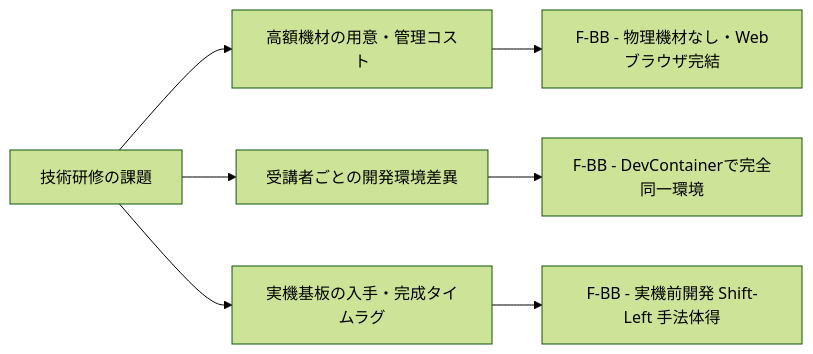
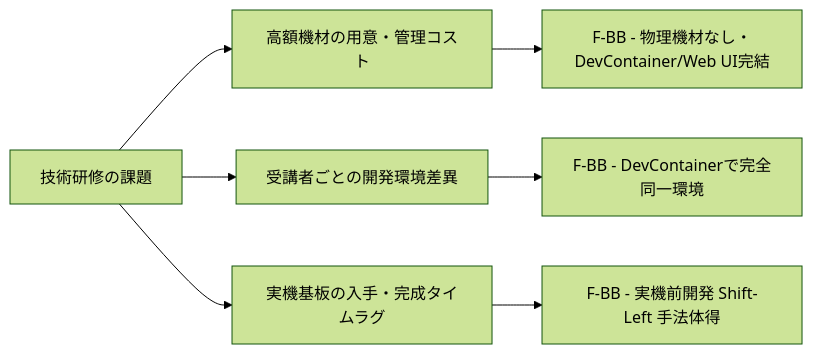
The diagram in docs/architecture/AddInfo_Technical_Training_Proposal.md (sirosiro/FPGA-BoardlessBench), drawn with Mermaid (forest theme) before and after one commit. The commit also changed other lines of this file and 2 other files, not shown here.

````diff
--- a/docs/architecture/AddInfo_Technical_Training_Proposal.md
+++ b/docs/architecture/AddInfo_Technical_Training_Proposal.md
@@ -14,10 +14,10 @@
 ```mermaid
 flowchart LR
     A["技術研修の課題"] --> B["高額機材の用意・管理コスト"]
     A --> C["受講者ごとの開発環境差異"]
     A --> D["実機基板の入手・完成タイムラグ"]
 
-    B --> E["F-BB - 物理機材なし・Webブラウザ完結"]
+    B --> E["F-BB - 物理機材なし・DevContainer/Web UI完結"]
     C --> F["F-BB - DevContainerで完全同一環境"]
     D --> G["F-BB - 実機前開発 Shift-Left 手法体得"]
 ```
````
